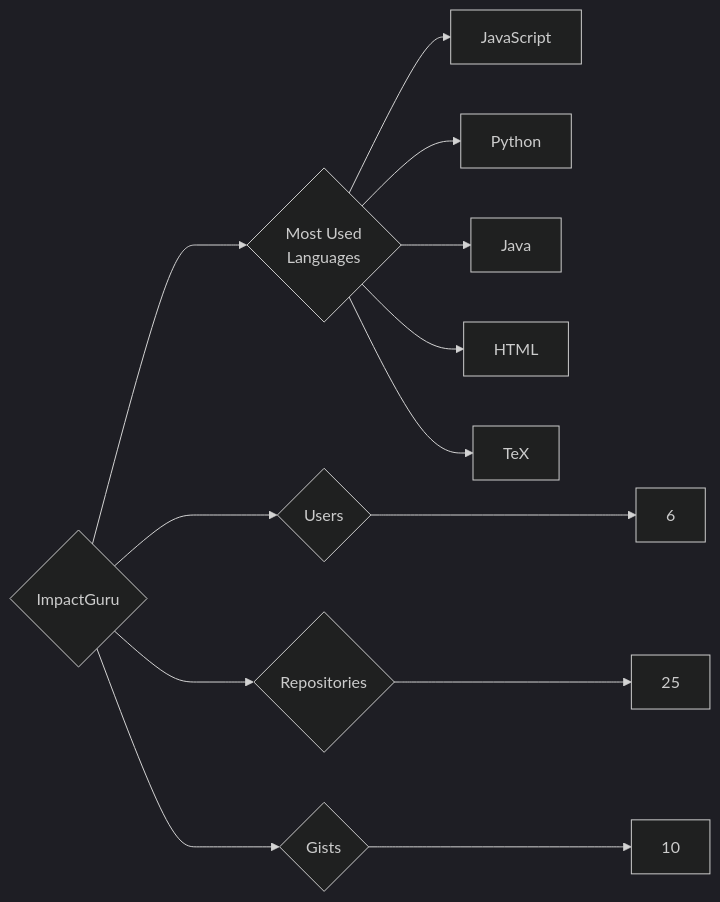
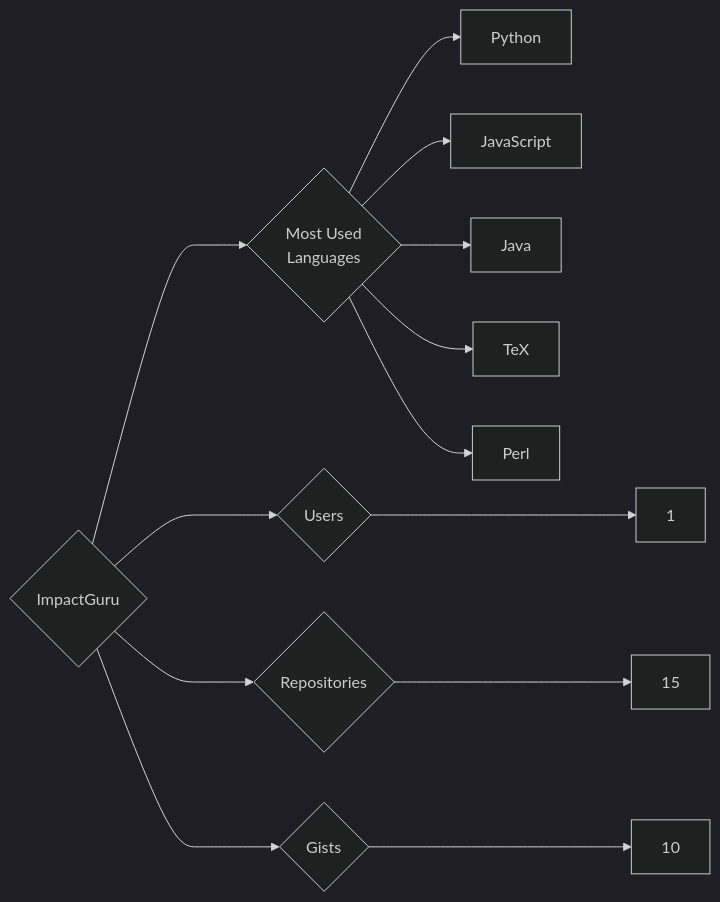
One commit to trickest/insiders changed the diagram in targets/ImpactGuru/README.md. Above: the diagram before and after it, drawn with Mermaid (dark theme). The commit also changed 1003 other files, not shown here.

````diff
--- a/targets/ImpactGuru/README.md
+++ b/targets/ImpactGuru/README.md
@@ -3,13 +3,13 @@
 ```mermaid
 graph LR
 COMPANY_NAME{ImpactGuru}
-COMPANY_NAME ---> U{Users} ---> UN[6]
-COMPANY_NAME ---> R{Repositories} ---> RN[25]
+COMPANY_NAME ---> U{Users} ---> UN[1]
+COMPANY_NAME ---> R{Repositories} ---> RN[15]
 COMPANY_NAME ---> G{Gists} ---> GN[10]
 COMPANY_NAME ---> ML{Most Used<br>Languages}
+ML --> Python[Python]
 ML --> JavaScript[JavaScript]
-ML --> Python[Python]
 ML --> Java[Java]
-ML --> HTML[HTML]
 ML --> TeX[TeX]
+ML --> Perl[Perl]
 ```
````
